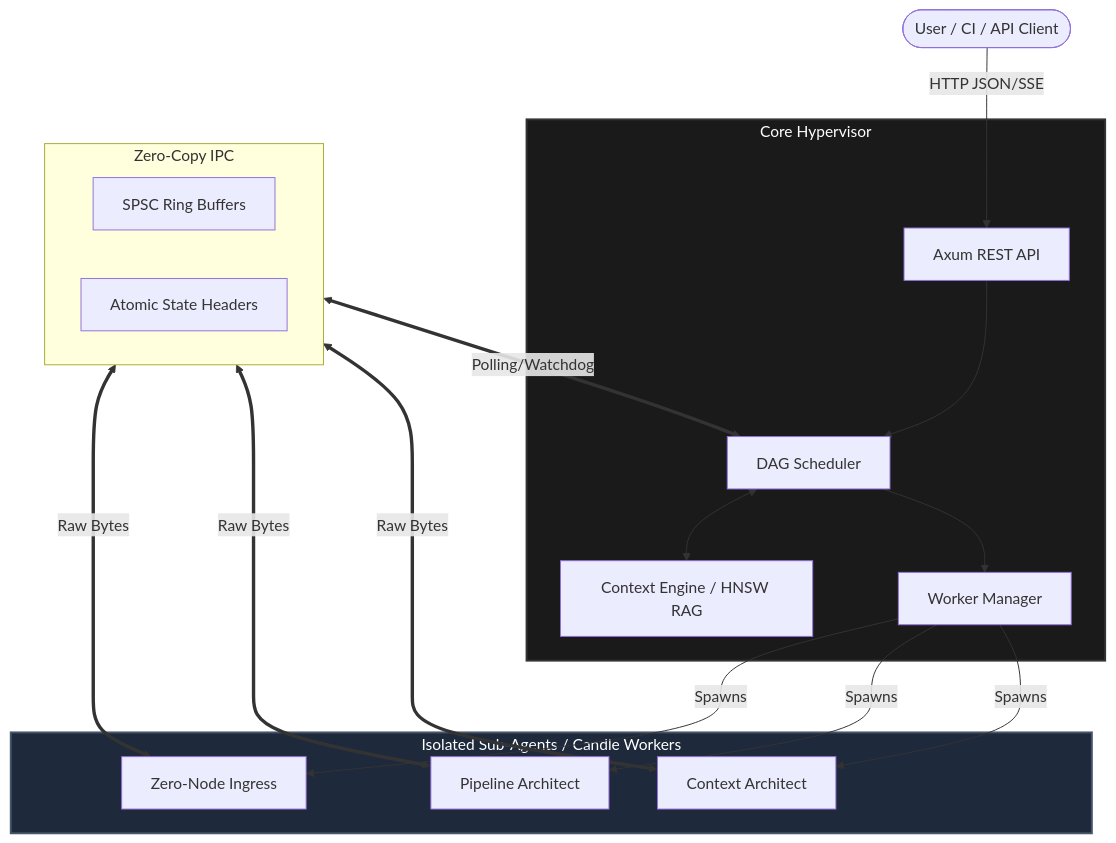
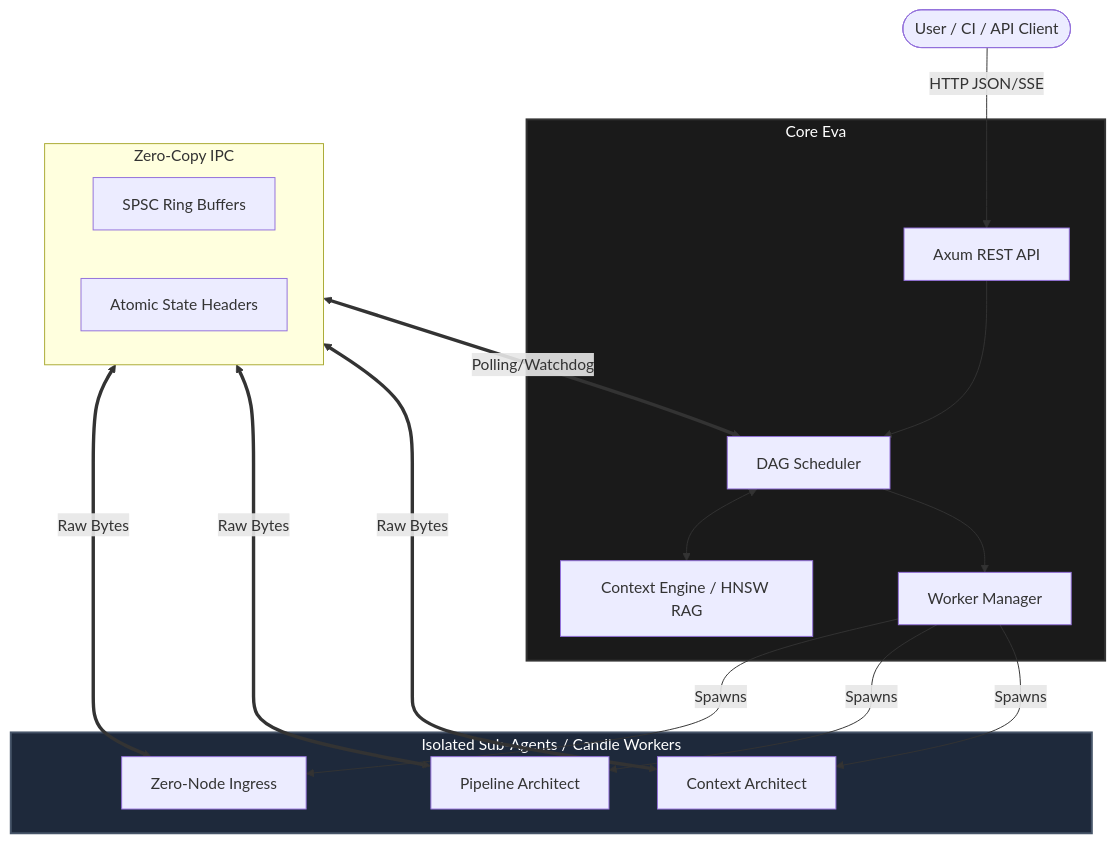
Before and after one commit to BadRabbit00/Eva-Project: the diagram in README.md, drawn with Mermaid. The commit also changed other lines of this file and 9529 other files, not shown here.

````diff
--- a/README.md
+++ b/README.md
@@ -25,34 +25,34 @@
 ```mermaid
 graph TD
-    classDef hypervisor fill:#1a1a1a,stroke:#333,stroke-width:2px,color:#fff;
+    classDef eva fill:#1a1a1a,stroke:#333,stroke-width:2px,color:#fff;
     classDef worker fill:#1e293b,stroke:#475569,stroke-width:2px,color:#fff;
     classDef ipc fill:#064e3b,stroke:#059669,stroke-width:2px,color:#fff;
 
     Client([User / CI / API Client]) -->|HTTP JSON/SSE| API[Axum REST API]
     
-    subgraph Core[Core Hypervisor]
+    subgraph Core[Core Eva]
         API --> Scheduler[DAG Scheduler]
         Scheduler <--> CE[Context Engine / HNSW RAG]
         Scheduler --> WM[Worker Manager]
     end
-    class Core hypervisor;
+    class Core eva;
     
     subgraph IPC_Layer[Zero-Copy IPC]
         RingBuffer[SPSC Ring Buffers]
         State[Atomic State Headers]
     end
     class IPC_Layer ipc;
 
     subgraph SubAgents[Isolated Sub-Agents / Candle Workers]
         WM -- Spawns --> ZN[Zero-Node Ingress]
         WM -- Spawns --> PA[Pipeline Architect]
         WM -- Spawns --> CA[Context Architect]
     end
     class SubAgents worker;
 
     ZN <==>|Raw Bytes| IPC_Layer
     PA <==>|Raw Bytes| IPC_Layer
     CA <==>|Raw Bytes| IPC_Layer
     
     IPC_Layer <==>|Polling/Watchdog| Scheduler
 ```
````
